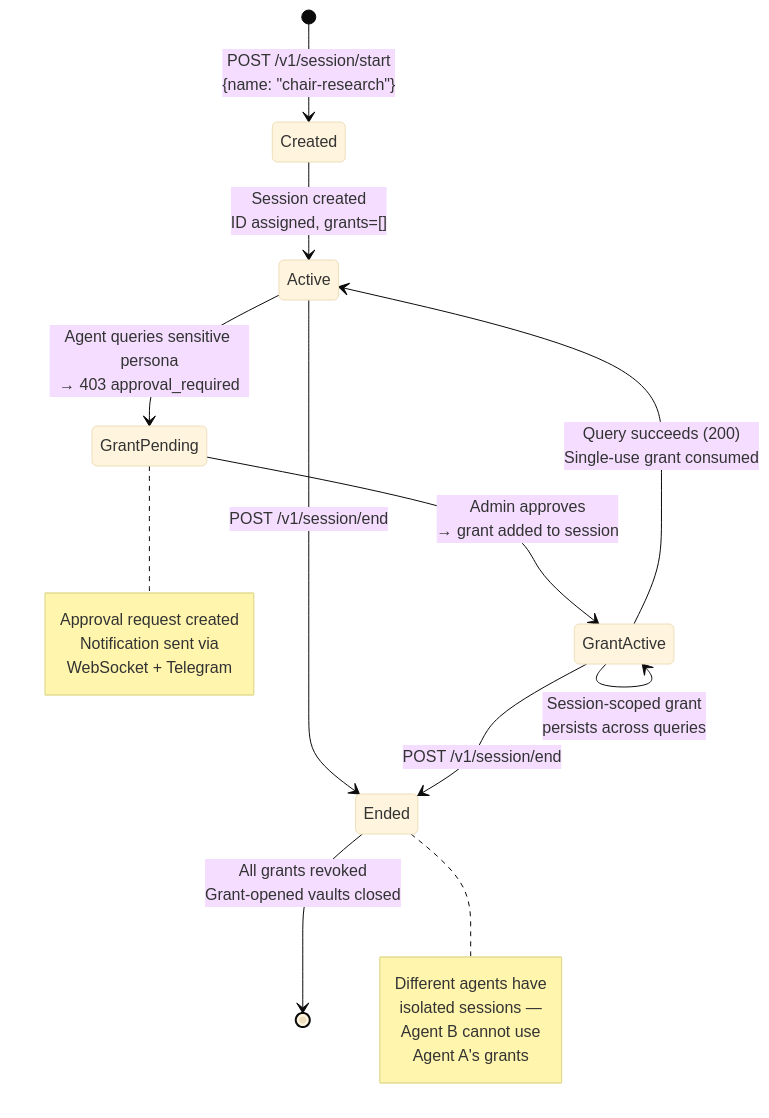
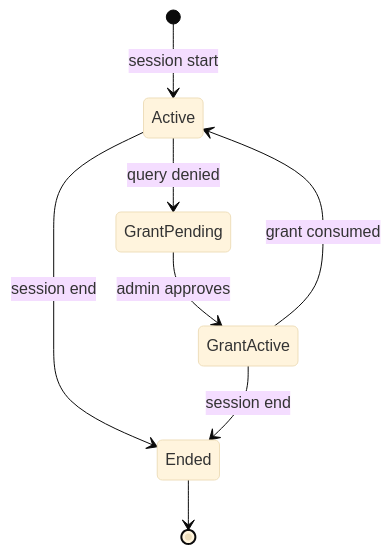
The sixth of 14 diagrams in docs/FLOW_DIAGRAMS.md (rajmohanutopai/dina), drawn with Mermaid (base theme) before and after one commit. The commit also changed other lines of this file, not shown here.

First line of the commit message:
Rewrite flow diagrams: fix Mermaid errors, add examples, add new flows

````diff
--- a/docs/FLOW_DIAGRAMS.md
+++ b/docs/FLOW_DIAGRAMS.md
@@ -315,32 +228,10 @@
 ```mermaid
 stateDiagram-v2
-    [*] --> Created: POST /v1/session/start<br/>{name: "chair-research"}
-
-    Created --> Active: Session created<br/>ID assigned, grants=[]
-
-    Active --> GrantPending: Agent queries sensitive persona<br/>→ 403 approval_required
-
-    GrantPending --> GrantActive: Admin approves<br/>→ grant added to session
-
-    GrantActive --> Active: Query succeeds (200)<br/>Single-use grant consumed
-
-    GrantActive --> GrantActive: Session-scoped grant<br/>persists across queries
-
-    Active --> Ended: POST /v1/session/end
-    GrantActive --> Ended: POST /v1/session/end
-
-    Ended --> [*]: All grants revoked<br/>Grant-opened vaults closed
-
-    note right of GrantPending
-        Approval request created
-        Notification sent via
-        WebSocket + Telegram
-    end note
-
-    note right of Ended
-        Different agents have
-        isolated sessions —
-        Agent B cannot use
-        Agent A's grants
-    end note
+    [*] --> Active : session start
+    Active --> GrantPending : query denied
+    GrantPending --> GrantActive : admin approves
+    GrantActive --> Active : grant consumed
+    Active --> Ended : session end
+    GrantActive --> Ended : session end
+    Ended --> [*]
 ```
````
